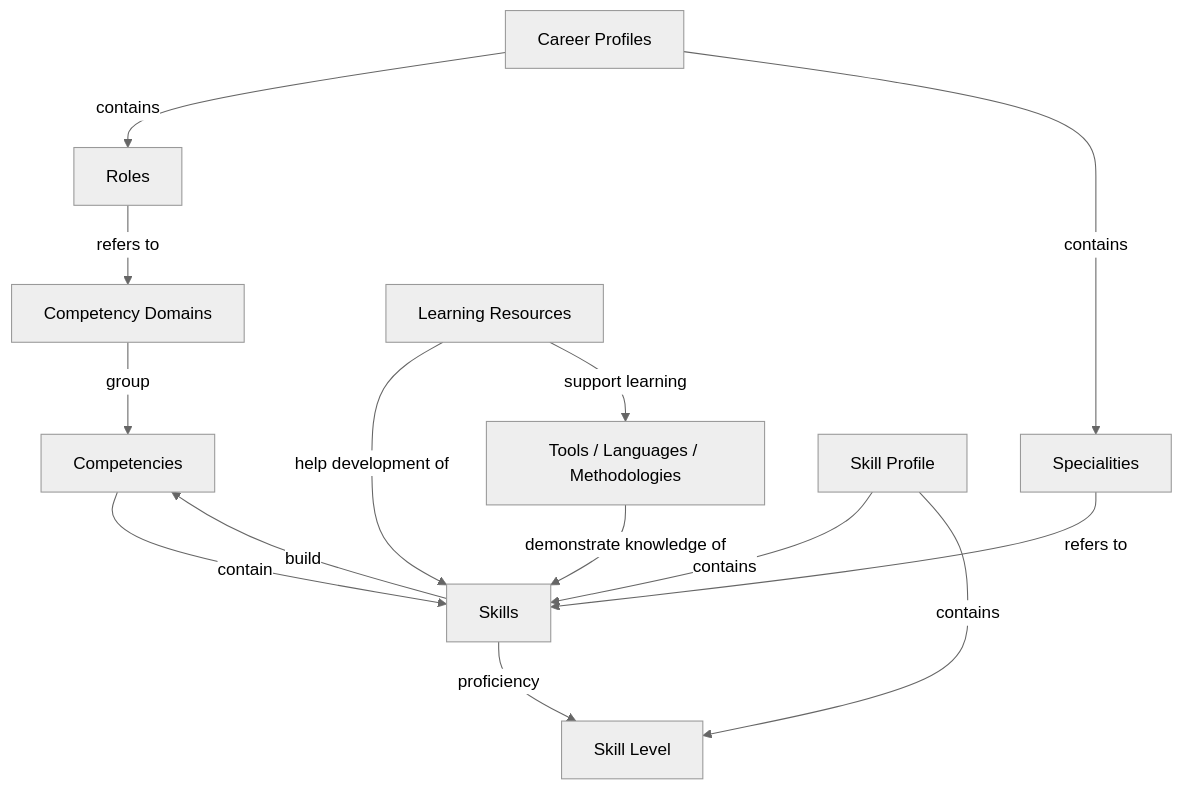
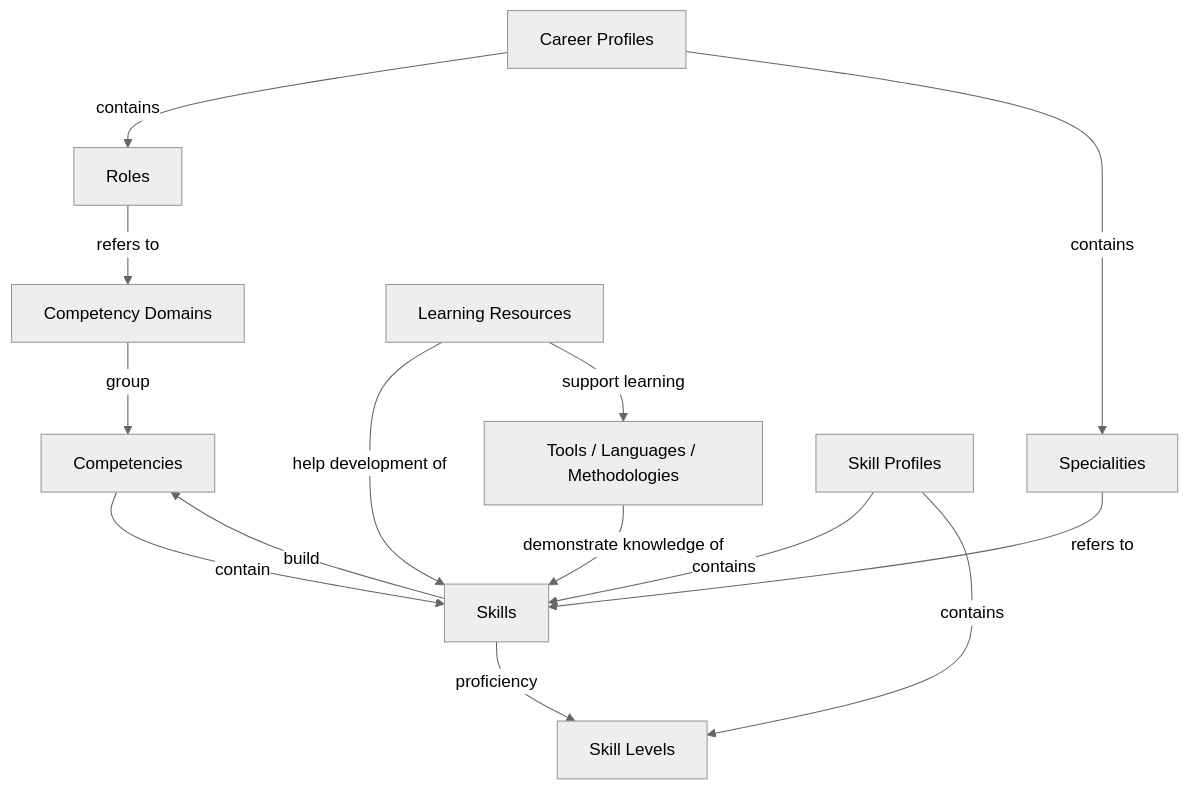
The diagram in framework/framework-diagram.md (direct-framework/digital-research-competencies-framework), drawn with Mermaid (neutral theme) before and after one commit.

Commit message:
Update skill level and profile terminology in diagram

````diff
--- a/framework/framework-diagram.md
+++ b/framework/framework-diagram.md
@@ -12,28 +12,28 @@
 ```mermaid
 flowchart TD
 CD[Competency Domains]
 C[Competencies]
 Sk[Skills]
-SL[Skill Level]
+SL[Skill Levels]
 TLM[Tools / Languages / Methodologies]
 LR[Learning Resources]
 R[Roles]
 Spec[Specialities]
 CP[Career Profiles]
-SP[Skill Profile]
+SP[Skill Profiles]
 
 
 CD -- group --> C
 C -- contain --> Sk
 Sk -- build --> C
 Sk -- proficiency --> SL
 TLM -- demonstrate knowledge of --> Sk
 LR -- help development of --> Sk
 LR -- support learning --> TLM
 CP -- contains --> R
 CP -- contains --> Spec
 R -- refers to --> CD
 Spec -- refers to --> Sk
 SP -- contains --> Sk
 SP -- contains --> SL
 ```
````
